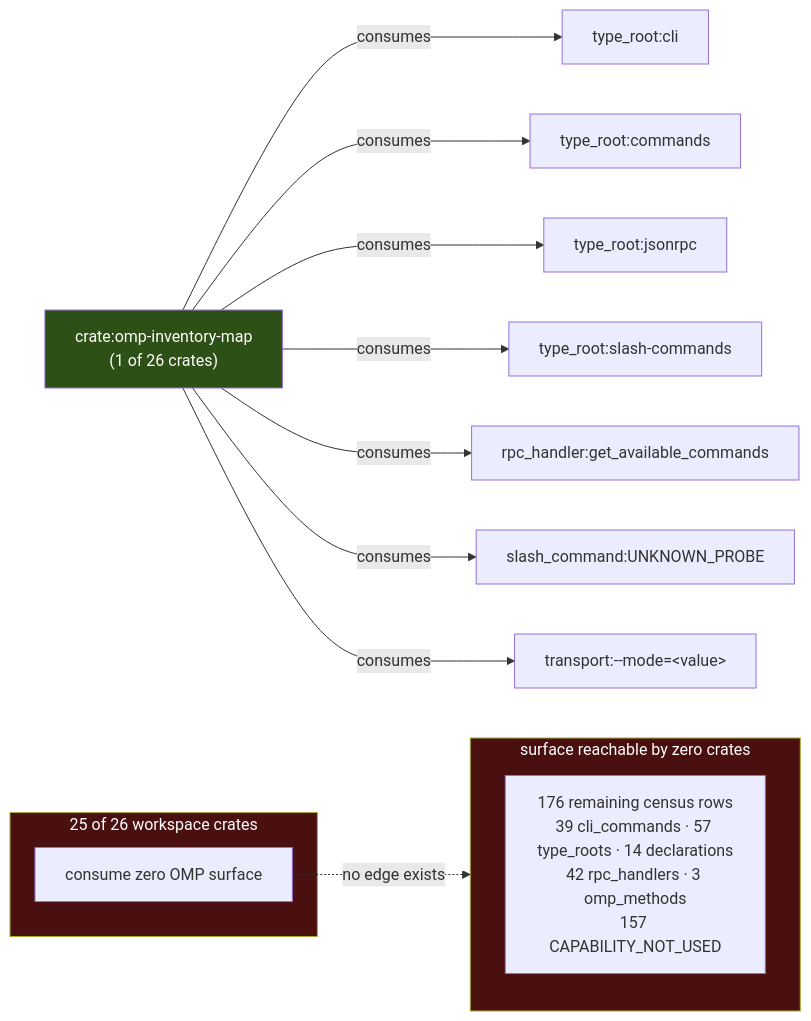
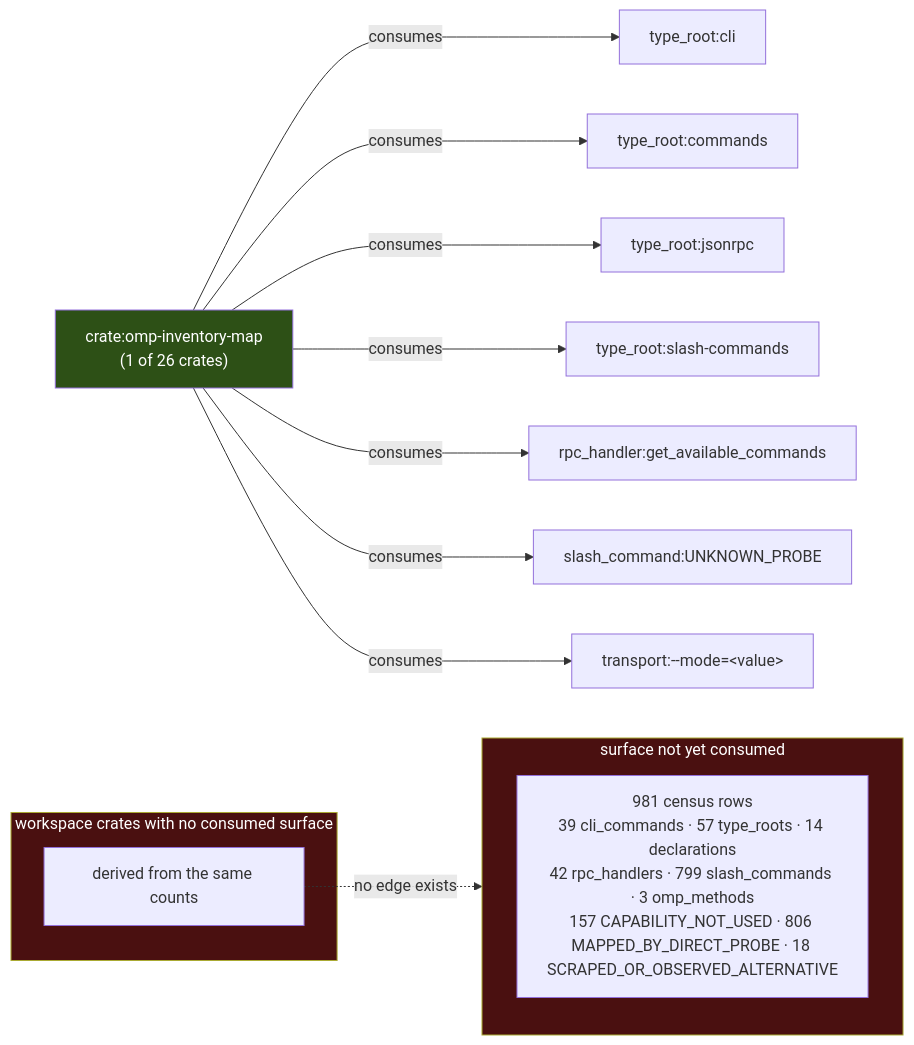
Before and after one commit to JYeswak/omp-orchestrator: the second of 6 diagrams in docs/plan/04-diagrams.md, drawn with Mermaid. The commit also changed other lines of this file and 8 other files, not shown here.

First line of the commit message:
feat(diagrams): generate current FrankenMermaid snapshots [test]

````diff
--- a/docs/plan/04-diagrams.md
+++ b/docs/plan/04-diagrams.md
@@ -135,26 +283,22 @@
 ```mermaid
+%% GENERATED BY frankenmermaid; source=inventory map data.counts; rows=981 workspace_crates=26
 graph LR
     inv["crate:omp-inventory-map<br/>(1 of 26 crates)"]
-
     inv -->|consumes| t_cli["type_root:cli"]
     inv -->|consumes| t_cmd["type_root:commands"]
     inv -->|consumes| t_rpc["type_root:jsonrpc"]
     inv -->|consumes| t_slash["type_root:slash-commands"]
     inv -->|consumes| h_get["rpc_handler:get_available_commands"]
     inv -->|consumes| s_probe["slash_command:UNKNOWN_PROBE"]
     inv -->|consumes| tr_mode["transport:--mode=&lt;value&gt;"]
-
-    subgraph UNTOUCHED["surface reachable by zero crates"]
-        mass["176 remaining census rows<br/>39 cli_commands · 57 type_roots · 14 declarations<br/>42 rpc_handlers · 3 omp_methods<br/>157 CAPABILITY_NOT_USED"]
+    subgraph UNTOUCHED["surface not yet consumed"]
+        mass["981 census rows<br/>39 cli_commands · 57 type_roots · 14 declarations<br/>42 rpc_handlers · 799 slash_commands · 3 omp_methods<br/>157 CAPABILITY_NOT_USED · 806 MAPPED_BY_DIRECT_PROBE · 18 SCRAPED_OR_OBSERVED_ALTERNATIVE"]
     end
-
-    subgraph SILENT["25 of 26 workspace crates"]
-        others["consume zero OMP surface"]
+    subgraph SILENT["workspace crates with no consumed surface"]
+        others["derived from the same counts"]
     end
-
     others -.->|no edge exists| UNTOUCHED
-
     style inv fill:#2d5016,color:#fff
     style UNTOUCHED fill:#4a1010,color:#fff
     style SILENT fill:#4a1010,color:#fff
 ```
````
